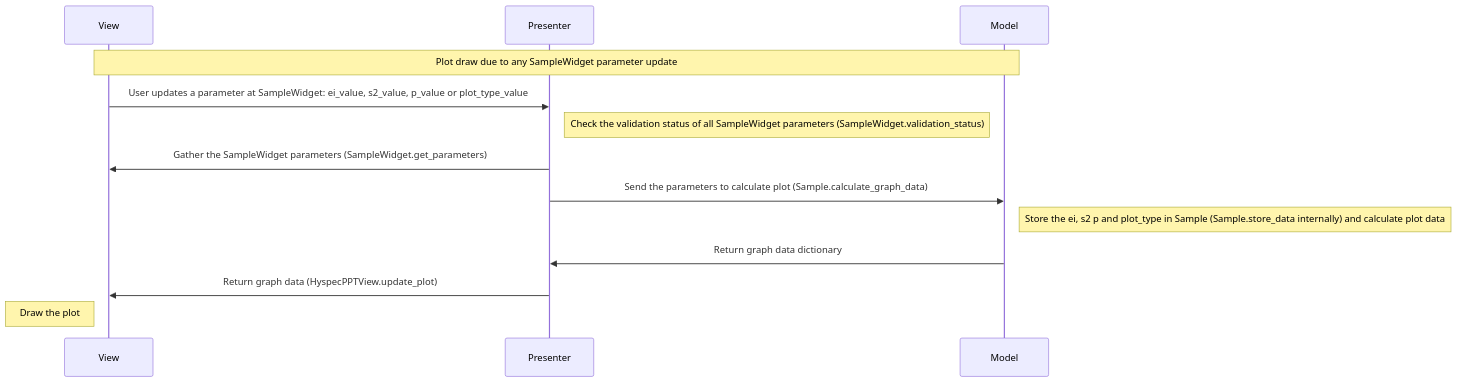
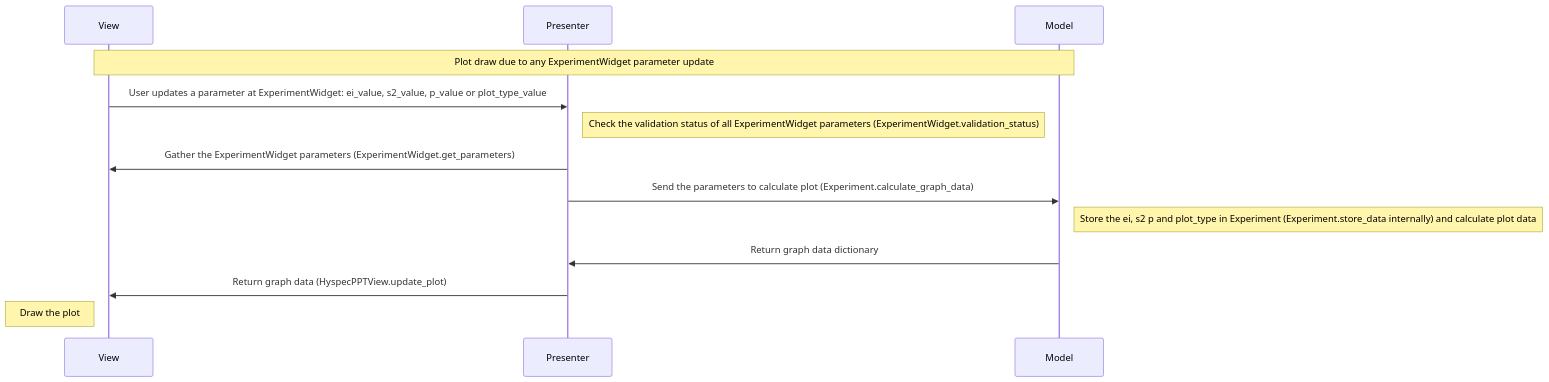
One commit to neutrons/hyspecppt changed the sixth of 13 diagrams in docs/source/design/hyspecpptclasses.rst. Above: the diagram before and after it, drawn with Mermaid. The commit also changed other lines of this file and 1 other file, not shown here.

Commit message:
sample renamed to experiment, single crystal type worflow update and other based on discussion

```diff
--- a/docs/source/design/hyspecpptclasses.rst
+++ b/docs/source/design/hyspecpptclasses.rst
@@ -464,16 +482,16 @@
         .. mermaid::
 
             sequenceDiagram
                 participant View
                 participant Presenter
                 participant Model
 
-                Note over View,Model: Plot draw due to any SampleWidget parameter update
-                View->>Presenter: User updates a parameter at SampleWidget: ei_value, s2_value, p_value or plot_type_value
-                Note right of Presenter: Check the validation status of all SampleWidget parameters (SampleWidget.validation_status)
-                Presenter->>View: Gather the SampleWidget parameters (SampleWidget.get_parameters)
-                Presenter->>Model: Send the parameters to calculate plot (Sample.calculate_graph_data)
-                Note right of Model: Store the ei, s2 p and plot_type in Sample (Sample.store_data internally) and calculate plot data
+                Note over View,Model: Plot draw due to any ExperimentWidget parameter update
+                View->>Presenter: User updates a parameter at ExperimentWidget: ei_value, s2_value, p_value or plot_type_value
+                Note right of Presenter: Check the validation status of all ExperimentWidget parameters (ExperimentWidget.validation_status)
+                Presenter->>View: Gather the ExperimentWidget parameters (ExperimentWidget.get_parameters)
+                Presenter->>Model: Send the parameters to calculate plot (Experiment.calculate_graph_data)
+                Note right of Model: Store the ei, s2 p and plot_type in Experiment (Experiment.store_data internally) and calculate plot data
                 Model->>Presenter: Return graph data dictionary
                 Presenter->>View: Return graph data (HyspecPPTView.update_plot)
                 Note left of View: Draw the plot
```
